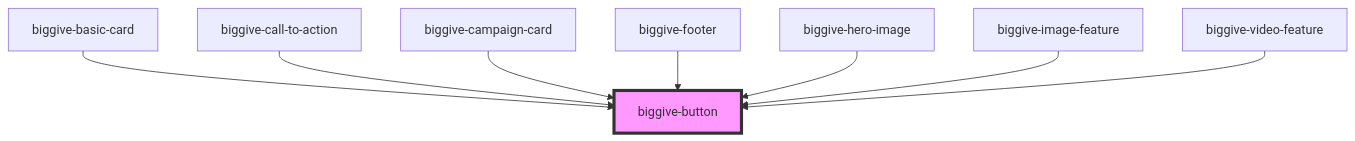
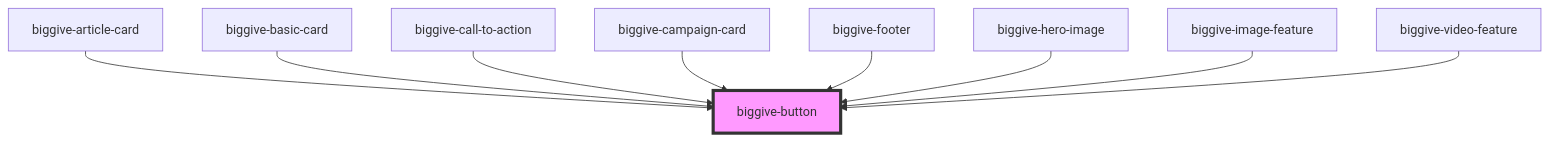
Before and after one commit to thebiggive/donate-frontend: the diagram in src/components/biggive-button/readme.md, drawn with Mermaid. The commit also changed other lines of this file and 14 other files, not shown here.

````diff
--- a/src/components/biggive-button/readme.md
+++ b/src/components/biggive-button/readme.md
@@ -32,11 +35,12 @@
 ```mermaid
 graph TD;
+  biggive-article-card --> biggive-button
   biggive-basic-card --> biggive-button
   biggive-call-to-action --> biggive-button
   biggive-campaign-card --> biggive-button
   biggive-footer --> biggive-button
   biggive-hero-image --> biggive-button
   biggive-image-feature --> biggive-button
   biggive-video-feature --> biggive-button
   style biggive-button fill:#f9f,stroke:#333,stroke-width:4px
 ```
````
